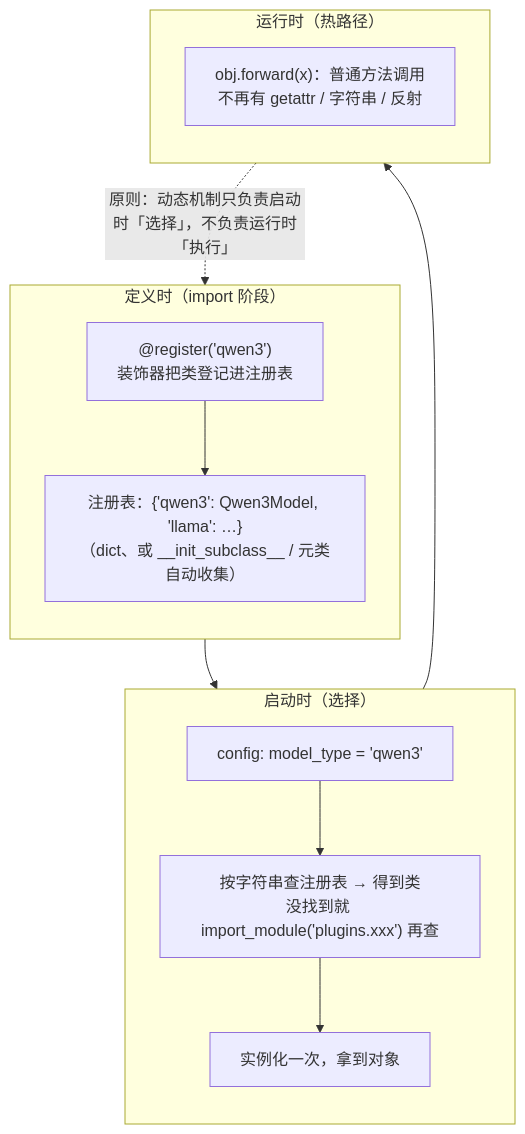
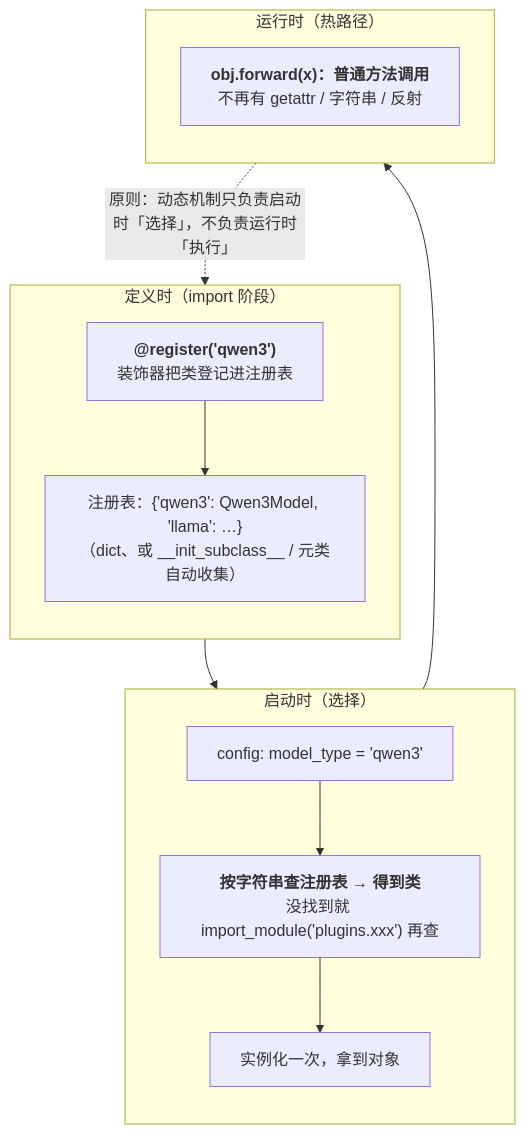
Before and after one commit to arganzheng/arganzheng.github.com: the diagram in _posts/2026-01-27-python-reflection-metaprogramming-and-plugin-architecture.md, drawn with Mermaid. The commit also changed 3 other files, not shown here.

First line of the commit message:
Python 在 AI-Infra：从语言机制到生产交付：Mermaid 多行方框的首行标为标题（4 篇）

````diff
--- a/_posts/2026-01-27-python-reflection-metaprogramming-and-plugin-architecture.md
+++ b/_posts/2026-01-27-python-reflection-metaprogramming-and-plugin-architecture.md
@@ -21,21 +21,21 @@
 ```mermaid
 %%{init: {"flowchart": {"wrappingWidth": 260}}}%%
 %% 图：动态机制的三个时刻：定义时登记、启动时按字符串选择、运行时热路径静态调用
 flowchart TB
     subgraph DEF["定义时（import 阶段）"]
         direction TB
-        D1["@register('qwen3')<br/>装饰器把类登记进注册表"] --> REG["注册表：{'qwen3': Qwen3Model, 'llama': …}<br/>（dict、或 __init_subclass__ / 元类自动收集）"]
+        D1["<b>@register('qwen3')</b><br/>装饰器把类登记进注册表"] --> REG["注册表：{'qwen3': Qwen3Model, 'llama': …}<br/>（dict、或 __init_subclass__ / 元类自动收集）"]
     end
     subgraph RUN["启动时（选择）"]
         direction TB
-        C["config: model_type = 'qwen3'"] --> L["按字符串查注册表 → 得到类<br/>没找到就 import_module('plugins.xxx') 再查"]
+        C["config: model_type = 'qwen3'"] --> L["<b>按字符串查注册表 → 得到类</b><br/>没找到就 import_module('plugins.xxx') 再查"]
         L --> I["实例化一次，拿到对象"]
     end
     subgraph HOT["运行时（热路径）"]
         direction TB
-        H["obj.forward(x)：普通方法调用<br/>不再有 getattr / 字符串 / 反射"]
+        H["<b>obj.forward(x)：普通方法调用</b><br/>不再有 getattr / 字符串 / 反射"]
     end
     DEF --> RUN --> HOT
     HOT -. "原则：动态机制只负责启动时「选择」，不负责运行时「执行」" .-> DEF
 
 ```
````
